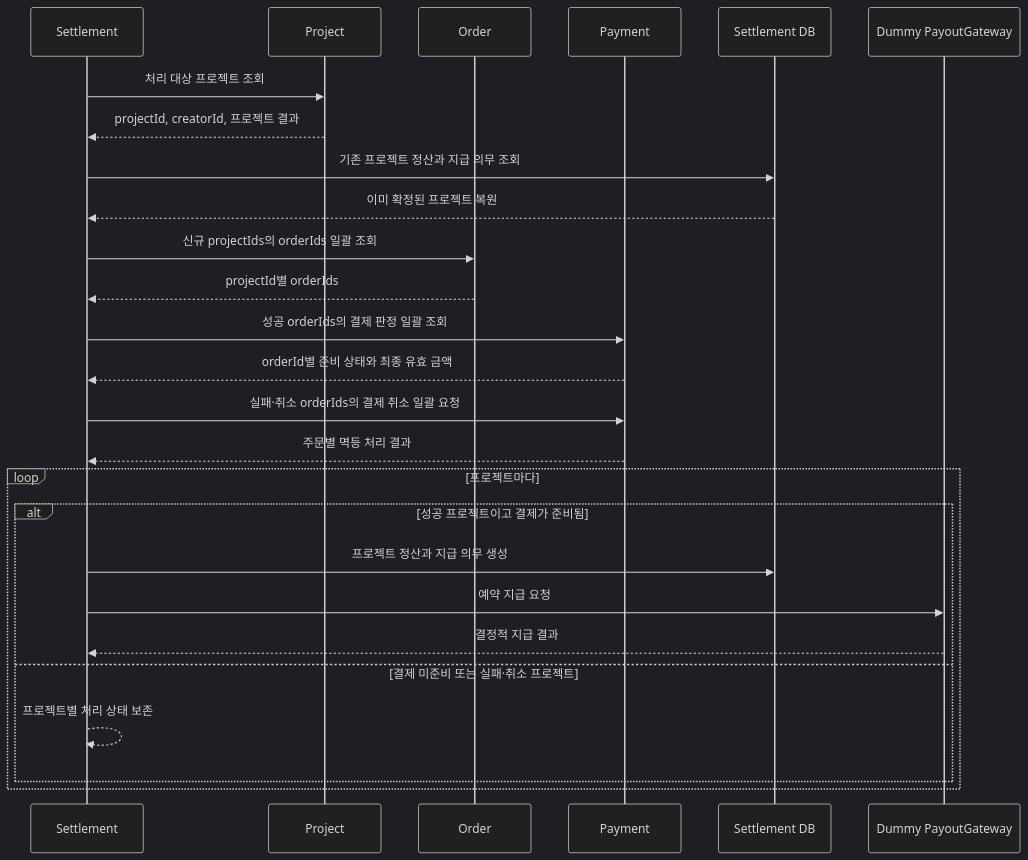
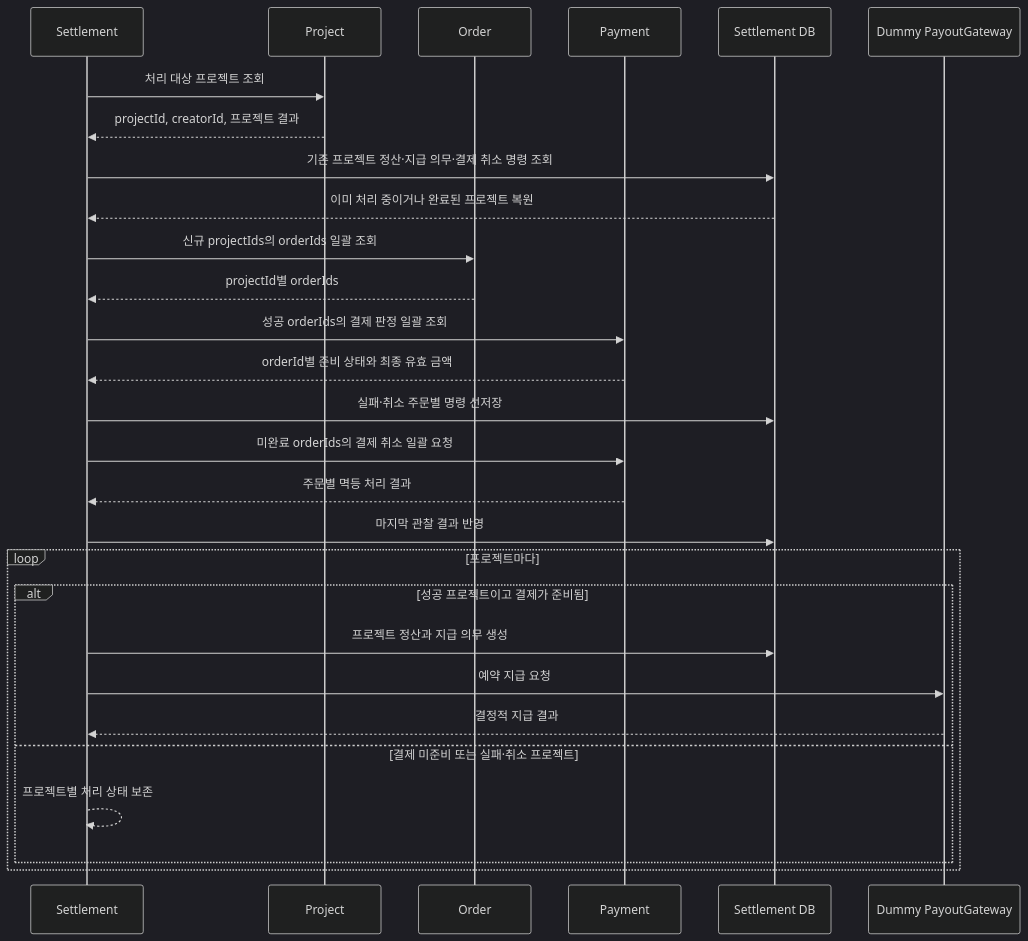
The diagram in settlement-service/README.md (prgrms-be-adv-devcourse/beadv7_7_earlybird_BE), drawn with Mermaid (dark theme) before and after one commit. The commit also changed other lines of this file and 13 other files, not shown here.

````diff
--- a/settlement-service/README.md
+++ b/settlement-service/README.md
@@ -7,29 +7,31 @@
 ```mermaid
 sequenceDiagram
     participant Settlement
     participant Project
     participant Order
     participant Payment
     participant Store as Settlement DB
     participant Payout as Dummy PayoutGateway
 
     Settlement->>Project: 처리 대상 프로젝트 조회
     Project-->>Settlement: projectId, creatorId, 프로젝트 결과
-    Settlement->>Store: 기존 프로젝트 정산과 지급 의무 조회
-    Store-->>Settlement: 이미 확정된 프로젝트 복원
+    Settlement->>Store: 기존 프로젝트 정산·지급 의무·결제 취소 명령 조회
+    Store-->>Settlement: 이미 처리 중이거나 완료된 프로젝트 복원
     Settlement->>Order: 신규 projectIds의 orderIds 일괄 조회
     Order-->>Settlement: projectId별 orderIds
     Settlement->>Payment: 성공 orderIds의 결제 판정 일괄 조회
     Payment-->>Settlement: orderId별 준비 상태와 최종 유효 금액
-    Settlement->>Payment: 실패·취소 orderIds의 결제 취소 일괄 요청
+    Settlement->>Store: 실패·취소 주문별 명령 선저장
+    Settlement->>Payment: 미완료 orderIds의 결제 취소 일괄 요청
     Payment-->>Settlement: 주문별 멱등 처리 결과
+    Settlement->>Store: 마지막 관찰 결과 반영
     loop 프로젝트마다
         alt 성공 프로젝트이고 결제가 준비됨
             Settlement->>Store: 프로젝트 정산과 지급 의무 생성
             Settlement->>Payout: 예약 지급 요청
             Payout-->>Settlement: 결정적 지급 결과
         else 결제 미준비 또는 실패·취소 프로젝트
             Settlement-->>Settlement: 프로젝트별 처리 상태 보존
         end
     end
 ```
````
